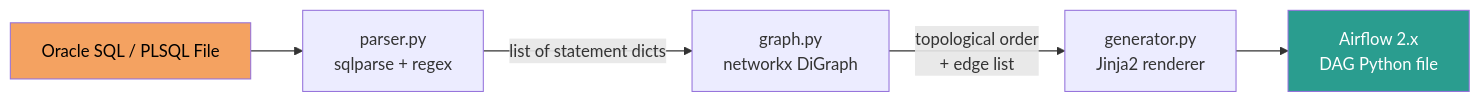
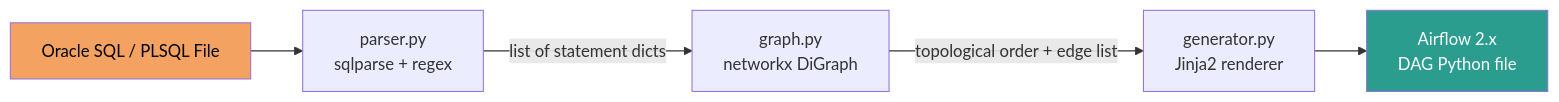
One commit to shaikn6/sql-to-dag-compiler changed the first of 3 diagrams in README.md. Above: the diagram before and after it, drawn with Mermaid. The commit also changed other lines of this file, not shown here.

Commit message:
docs: add system architecture diagram, tech stack, and reconcile test claims

````diff
--- a/README.md
+++ b/README.md
@@ -95,10 +88,10 @@
 ```mermaid
 flowchart LR
-    A[Oracle SQL / PLSQL File] --> B[parser.py\nsqlparse + regex]
-    B -->|list of statement dicts| C[graph.py\nnetworkx DiGraph]
-    C -->|topological order\n+ edge list| D[generator.py\nJinja2 renderer]
-    D --> E[Airflow 2.x\nDAG Python file]
+    A[Oracle SQL / PLSQL File] --> B["parser.py<br/>sqlparse + regex"]
+    B -->|list of statement dicts| C["graph.py<br/>networkx DiGraph"]
+    C -->|topological order + edge list| D["generator.py<br/>Jinja2 renderer"]
+    D --> E["Airflow 2.x<br/>DAG Python file"]
 
     style A fill:#f4a261,color:#000
     style E fill:#2a9d8f,color:#fff
 ```
````
